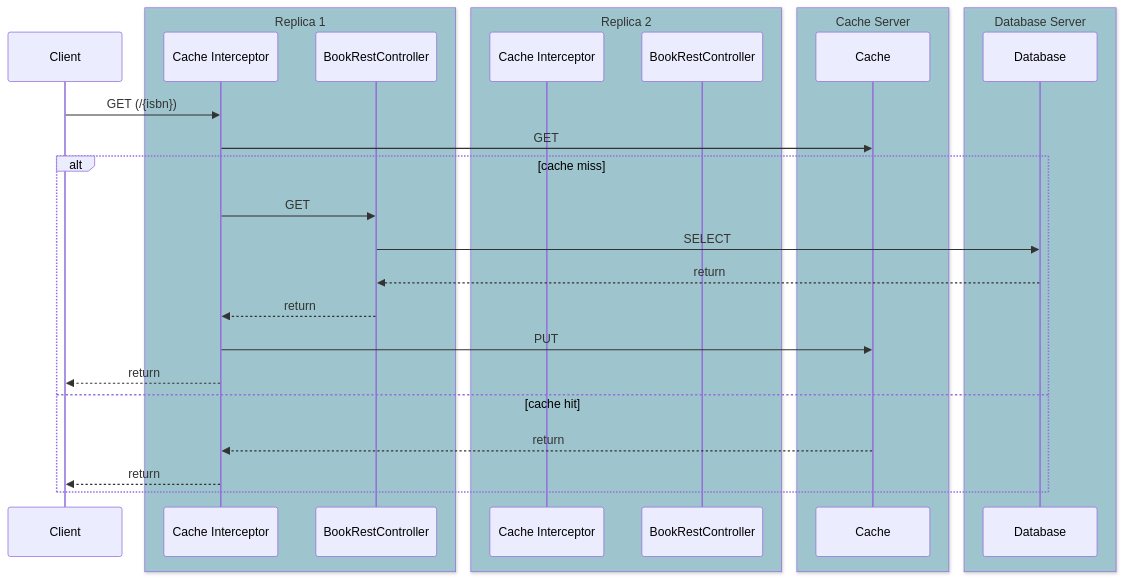
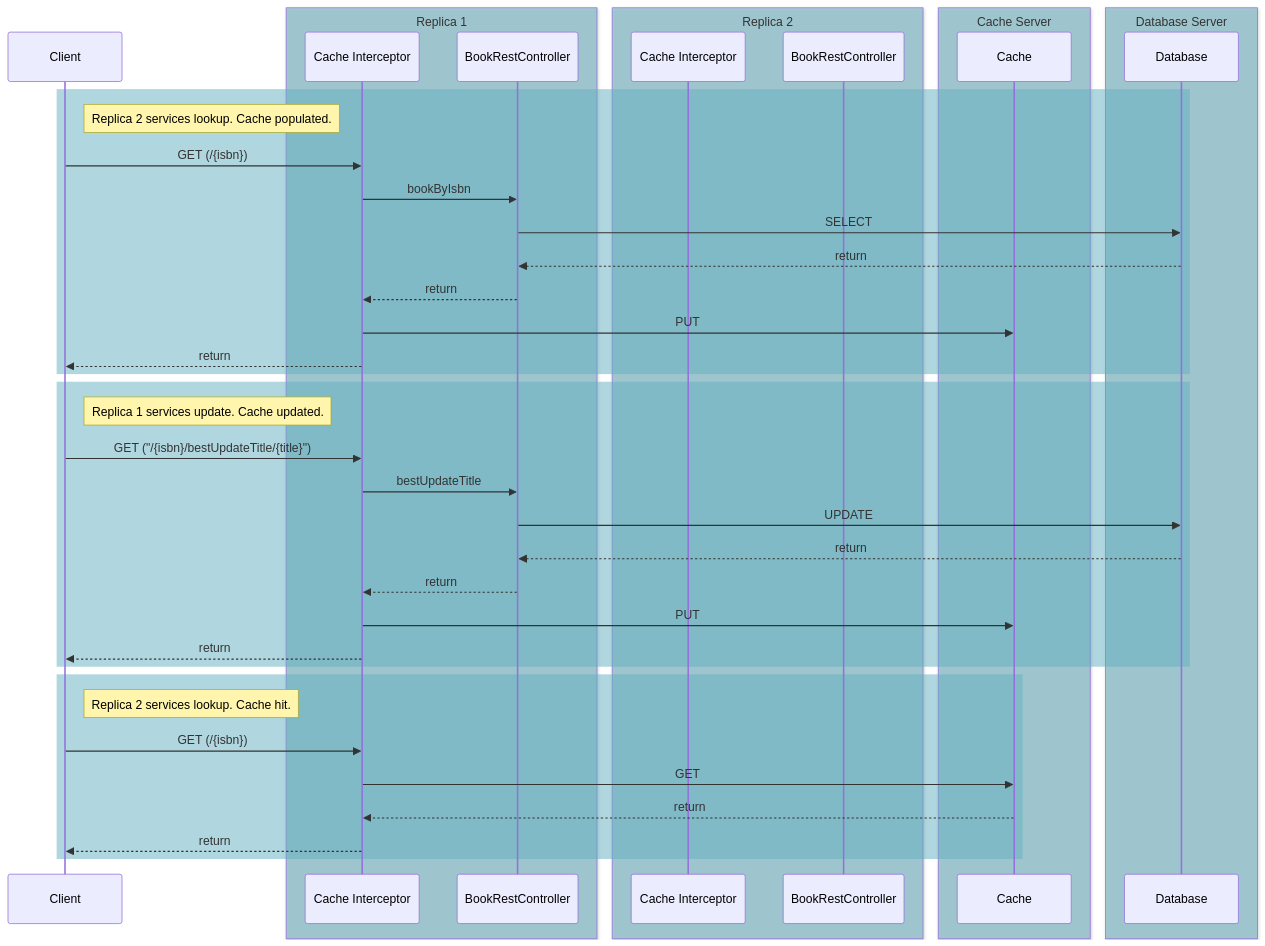
One commit to emacdona/onlispBookClub changed the sixth of 6 diagrams in projects/blog/_posts/2024-06-25-spring-cacheable.markdown. Above: the diagram before and after it, drawn with Mermaid.

Commit message:
Updated third sequence diagram. more detail

````diff
--- a/projects/blog/_posts/2024-06-25-spring-cacheable.markdown
+++ b/projects/blog/_posts/2024-06-25-spring-cacheable.markdown
@@ -630,31 +630,48 @@
 ```mermaid!
 sequenceDiagram
 participant B as Client
 box rgba(98, 175, 192, 0.5) Replica 1
 participant CI as Cache Interceptor
 participant EM as BookRestController
 end
 box rgba(98, 175, 192, 0.5) Replica 2
 participant CI2 as Cache Interceptor
 participant EM2 as BookRestController
 end
 box rgba(98, 175, 192, 0.5) Cache Server
 participant C as Cache
 end
 box rgba(98, 175, 192, 0.5) Database Server
 participant DB as Database
 end
+
+rect rgba(98, 175, 192, 0.5)
+note right of B: Replica 2 services lookup. Cache populated.
 B->>CI: GET (/{isbn})
-CI->>C: GET
-alt cache miss
-CI->>EM: GET
+CI->>EM: bookByIsbn
 EM->>DB:SELECT
 DB-->>EM: return
 EM-->>CI: return
 CI->>C: PUT
 CI-->>B: return
-else cache hit
+end
+
+rect rgba(98, 175, 192, 0.5)
+note right of B: Replica 1 services update. Cache updated.
+B->>CI: GET ("/{isbn}/bestUpdateTitle/{title}")
+CI->>EM: bestUpdateTitle
+EM->>DB:UPDATE
+DB-->>EM: return
+EM-->>CI: return
+CI->>C: PUT
+CI-->>B: return
+end
+
+rect rgba(98, 175, 192, 0.5)
+note right of B: Replica 2 services lookup. Cache hit.
+B->>CI: GET (/{isbn})
+CI->>C: GET
 C-->>CI: return
 CI-->>B: return
 end
 ```
````
